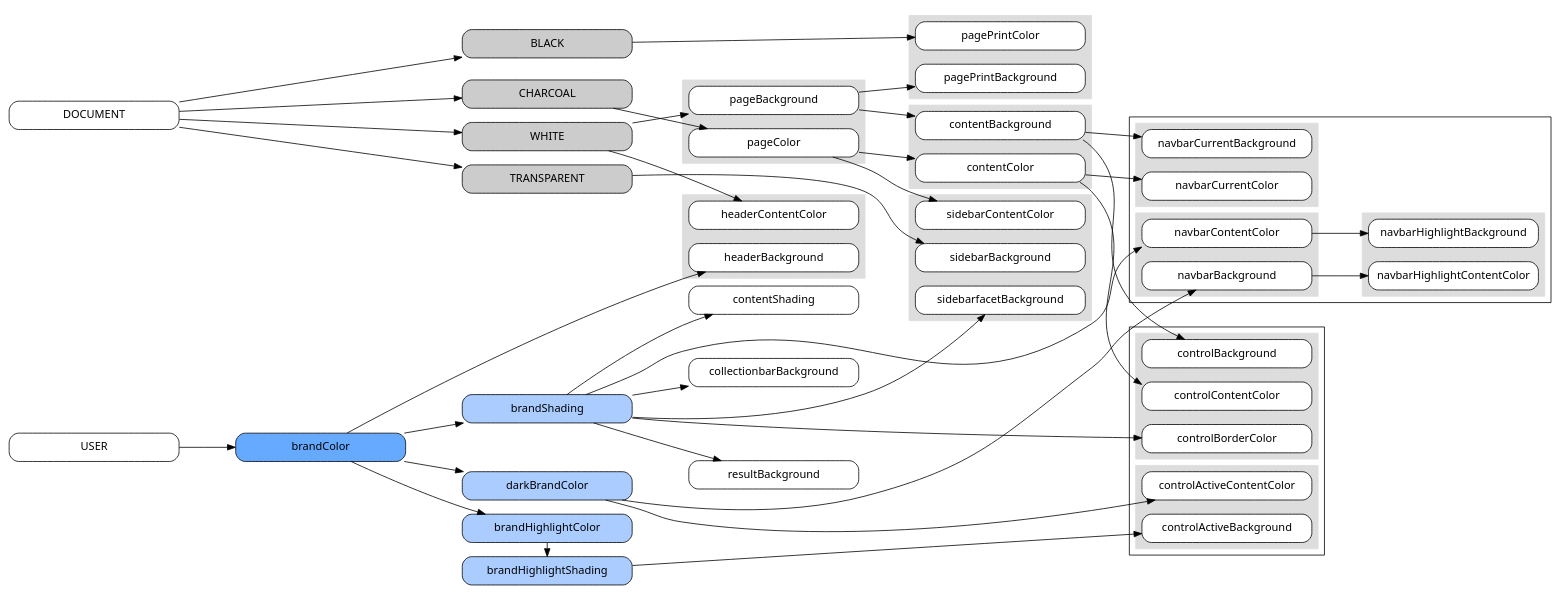
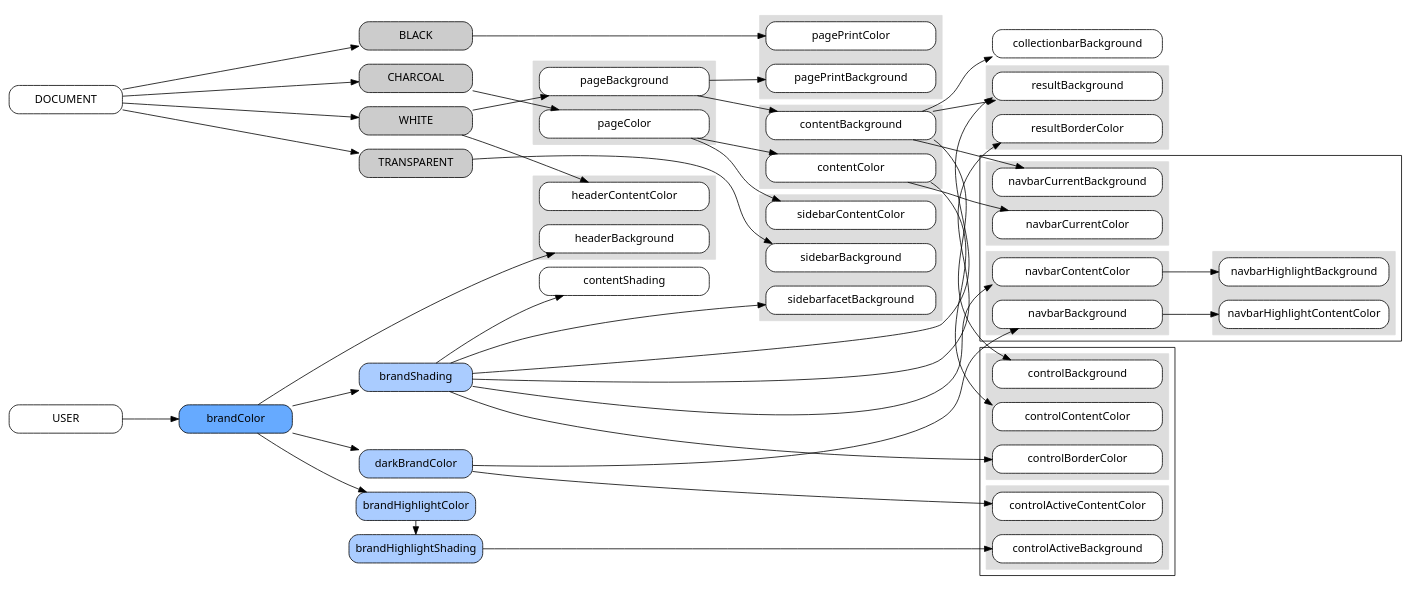
The diagram in doc-source/colourlinks.dot (DanielBaird/mediaflux-portal-customisation), drawn with Graphviz before and after one commit. The commit also changed 2 other files, not shown here.

```diff
--- a/doc-source/colourlinks.dot
+++ b/doc-source/colourlinks.dot
@@ -1,168 +1,180 @@
 
 digraph {
 
 #######################################
 # make the layout not suck
 
 rankdir=LR
 ranksep=1
 node [style="rounded,filled",fillcolor="#ffffff",
 	shape="box",fontname="sans",width="3"]
 
 {	# sources of decisions
 	rank=same
+	node [width=2]
 	DOCUMENT
 	USER
 }
 
 {	# "user supplied" node fill
 	node [fillcolor="#66aaff"]
+	node [width=2]
 	brandColor
 }
 
 {	rank=same
+	node [width=2]
 	# "derived" node fill
 	node [fillcolor="#aaccff"]
 	brandShading
 	darkBrandColor
 	brandHighlightColor
 	brandHighlightShading
 	# "explicit" node fill
 	node [fillcolor="#cccccc"]
 	BLACK, CHARCOAL, WHITE, TRANSPARENT
 }
 
 #######################################
 # origin colours
 
 USER -> brandColor
 brandColor -> darkBrandColor
 brandColor -> brandShading
 
 brandColor -> brandHighlightColor
 brandHighlightColor -> brandHighlightShading
 
 DOCUMENT -> CHARCOAL
 DOCUMENT -> WHITE
 DOCUMENT -> BLACK
 DOCUMENT -> TRANSPARENT
 
 #######################################
 # default page colours
 
 CHARCOAL -> pageColor
 WHITE -> pageBackground
 BLACK -> pagePrintColor
 pageBackground -> pagePrintBackground
 
 pageBackground -> contentBackground
 pageColor -> contentColor
 
 brandShading -> contentShading
 
 subgraph cluster_1 { style=filled;color="#dddddd"
 	pageColor
 	pageBackground
 }
 subgraph cluster_2 { style=filled;color="#dddddd"
 	pagePrintColor
 	pagePrintBackground
 }
 subgraph cluster_3 { style=filled;color="#dddddd"
 	contentColor
 	contentBackground
 }
 
 #######################################
 # colours of controls (buttons etc)
 
 contentBackground -> controlBackground
 contentColor -> controlContentColor
 brandHighlightShading -> controlActiveBackground
 darkBrandColor -> controlActiveContentColor
 
 brandShading -> controlBorderColor
 
 subgraph cluster_4 {
 	subgraph cluster_4a {
 		style=filled;color="#dddddd"
 		controlContentColor
 		controlBorderColor
 		controlBackground
 	}
 	subgraph cluster_4b {
 		style=filled;color="#dddddd"
 		controlActiveContentColor
 		controlActiveBackground
 	}
 }
 
 #######################################
 # header colours
 
 brandColor -> headerBackground
 WHITE -> headerContentColor
 
 subgraph cluster_6 { style=filled;color="#dddddd"
 	headerContentColor
 	headerBackground
 }
 
 #######################################
 # navbar colours
 
 darkBrandColor -> navbarBackground
 brandShading -> navbarContentColor
 navbarContentColor -> navbarHighlightBackground
 navbarBackground -> navbarHighlightContentColor
 contentBackground -> navbarCurrentBackground
 contentColor -> navbarCurrentColor
 
 subgraph cluster_7 {
 	subgraph cluster_7a { style=filled;color="#dddddd"
 		navbarContentColor
 		navbarBackground
 	}
 	subgraph cluster_7b { style=filled;color="#dddddd"
 		navbarHighlightContentColor
 		navbarHighlightBackground
 	}
 	subgraph cluster_7c { style=filled;color="#dddddd"
 		navbarCurrentColor
 		navbarCurrentBackground
 	}
 }
 
 #######################################
 # collection bar/sidebar/results colours
 
-brandShading -> collectionbarBackground
+# brandShading -> collectionbarBackground
+contentBackground -> collectionbarBackground
 
 TRANSPARENT -> sidebarBackground
 pageColor -> sidebarContentColor
 brandShading -> sidebarfacetBackground
 
 brandShading -> resultBackground
+contentBackground -> resultBackground
+
+brandShading -> resultBorderColor
 
 subgraph cluster_10 { style=filled;color="#dddddd"
 	sidebarContentColor
 	sidebarBackground
 	sidebarfacetBackground
+}
+
+subgraph cluster_11 { style=filled;color="#dddddd"
+	resultBackground
+	resultBorderColor
 }
 
 
 
 
 
 
 
 
 
 
 
 
 
 
 
 
 }
```
